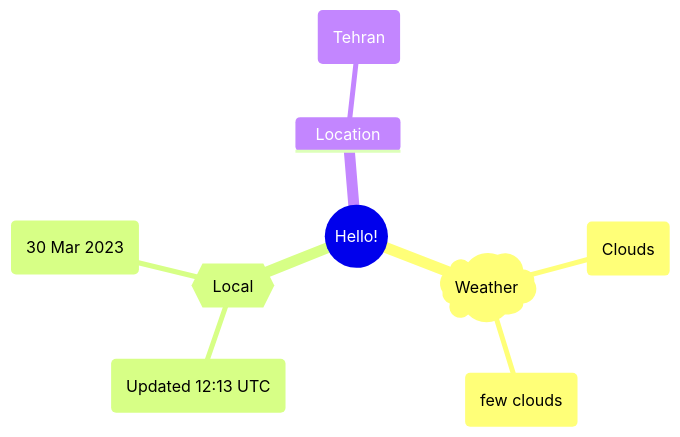
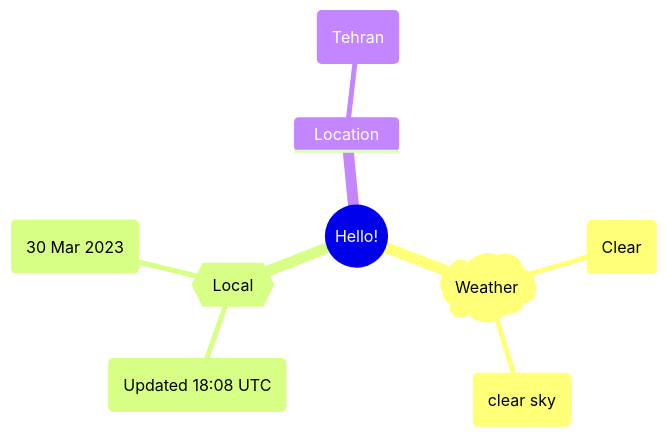
One commit to Xosrov/Xosrov changed the first of 2 diagrams in README.md. Above: the diagram before and after it, drawn with Mermaid.

Commit message:
[bot] updated images

````diff
--- a/README.md
+++ b/README.md
@@ -3,12 +3,12 @@
 ```mermaid
 mindmap
   root((Hello!))
     )Weather(
-        (Clouds)
-        (few clouds)
+        (Clear)
+        (clear sky)
     {{Local}}
-        (Updated 12:13 UTC)
+        (Updated 18:08 UTC)
         (30 Mar 2023)
     Location
         (Tehran)
 ```
````
